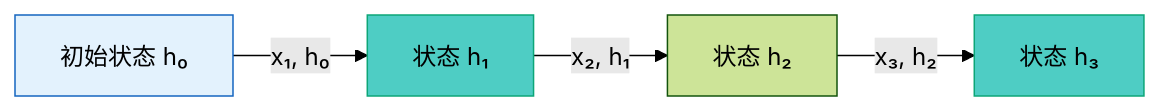
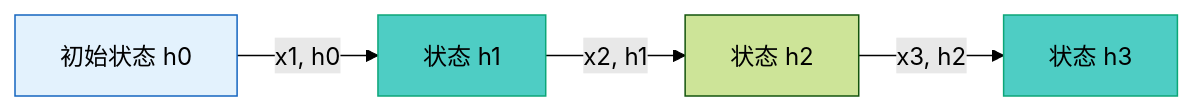
One commit to dujijundavid/Battery_fault_detection_NC_github changed the sixth of 9 diagrams in docs/dyad_tutorial/00_前置知识.md. Above: the diagram before and after it, drawn with Mermaid (forest theme). The commit also changed other lines of this file and 3 other files, not shown here.

First line of the commit message:
fix: repair broken mermaid charts in dyad_tutorial

````diff
--- a/docs/dyad_tutorial/00_前置知识.md
+++ b/docs/dyad_tutorial/00_前置知识.md
@@ -406,10 +406,10 @@
 ```mermaid
 graph LR
-    H0[初始状态 h₀] -->|x₁, h₀| H1[状态 h₁]
-    H1 -->|x₂, h₁| H2[状态 h₂]
-    H2 -->|x₃, h₂| H3[状态 h₃]
+    H0[初始状态 h0] -->|x1, h0| H1[状态 h1]
+    H1 -->|x2, h1| H2[状态 h2]
+    H2 -->|x3, h2| H3[状态 h3]
 
     style H0 fill:#e3f2fd,stroke:#1565c0
     style H1 fill:#4ecdc4,stroke:#0ca678
     style H3 fill:#4ecdc4,stroke:#0ca678
 ```
````
